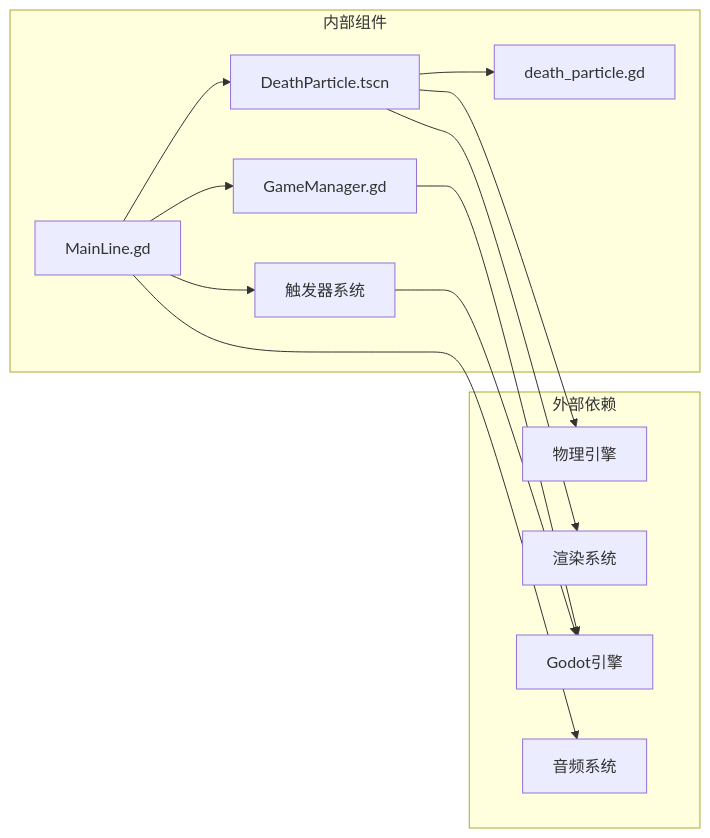
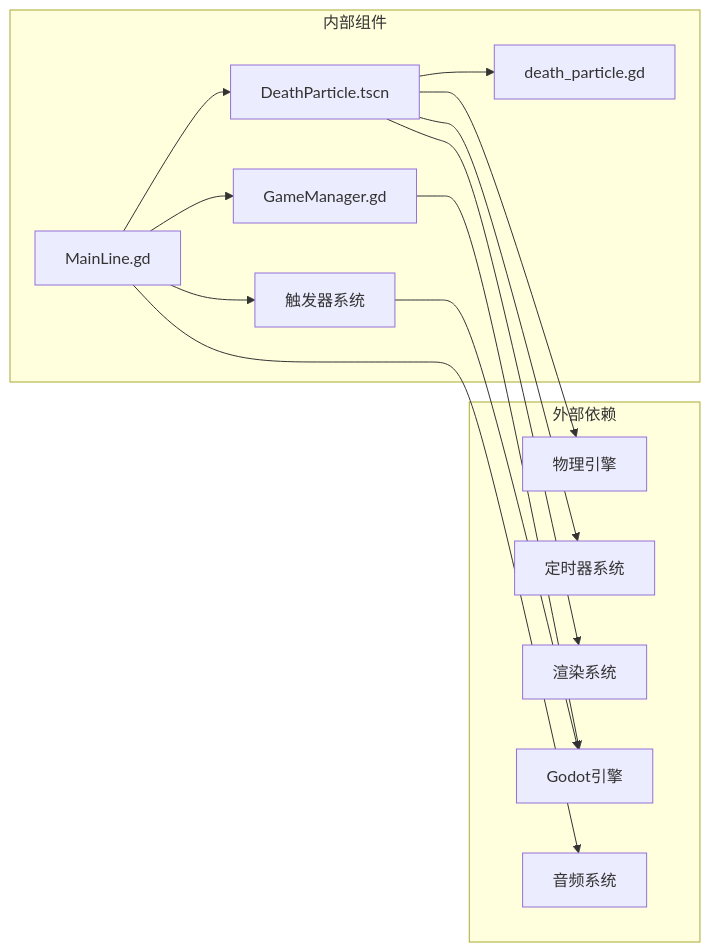
Before and after one commit to godotline/godot-line: the ninth of 10 diagrams in .qoder/repowiki/zh/content/游戏系统/触发器系统/特殊效果触发器/死亡粒子系统.md, drawn with Mermaid. The commit also changed other lines of this file and 28 other files, not shown here.

````diff
--- a/.qoder/repowiki/zh/content/游戏系统/触发器系统/特殊效果触发器/死亡粒子系统.md
+++ b/.qoder/repowiki/zh/content/游戏系统/触发器系统/特殊效果触发器/死亡粒子系统.md
@@ -335,25 +399,27 @@
 ```mermaid
 graph LR
 subgraph "外部依赖"
 Godot[Godot引擎]
 Physics[物理引擎]
 Audio[音频系统]
 Rendering[渲染系统]
+Timer[定时器系统]
 end
 subgraph "内部组件"
 MainLine[MainLine.gd]
 DeathParticle[DeathParticle.tscn]
 DeathScript[death_particle.gd]
 Trigger[触发器系统]
 GameManager[GameManager.gd]
 end
 MainLine --> DeathParticle
 MainLine --> GameManager
 DeathParticle --> DeathScript
 DeathParticle --> Physics
+DeathParticle --> Timer
 MainLine --> Trigger
 MainLine --> Audio
 DeathParticle --> Rendering
 Trigger --> Godot
 GameManager --> Godot
 ```
````
